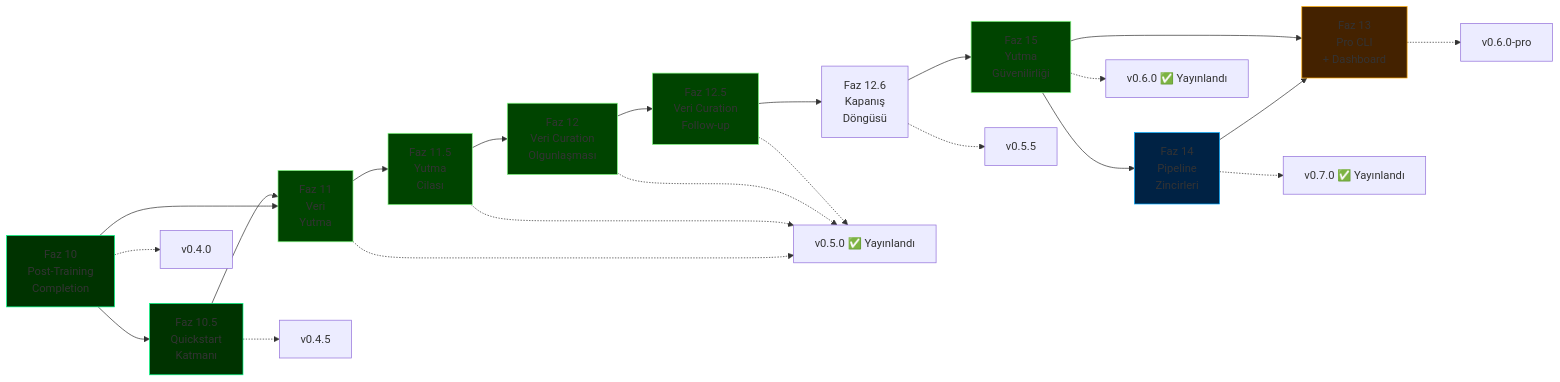
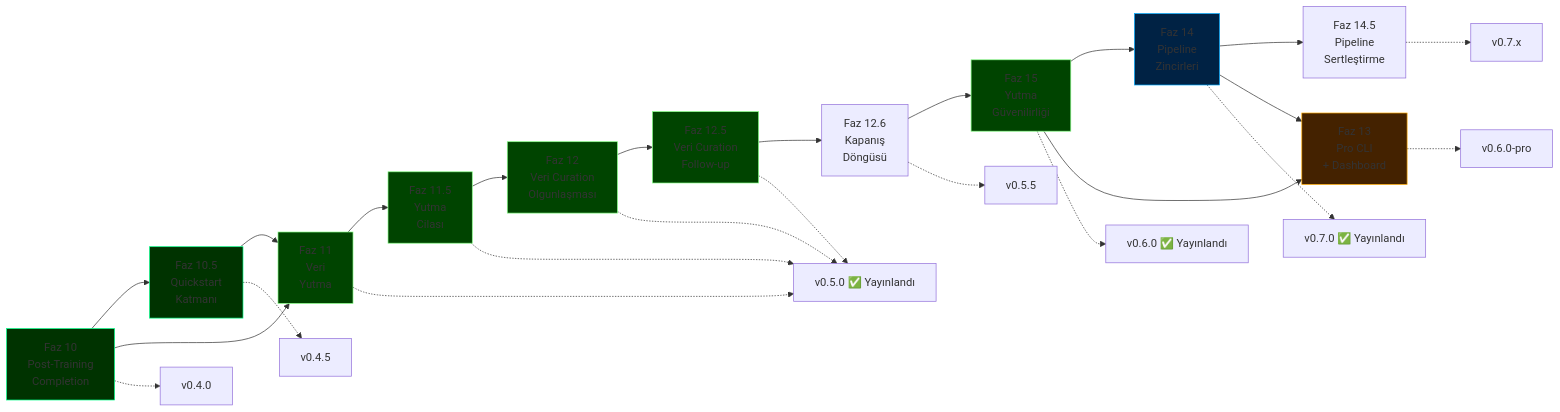
Before and after one commit to cemililik/ForgeLM: the diagram in docs/roadmap-tr.md, drawn with Mermaid. The commit also changed other lines of this file and 10 other files, not shown here.

First line of the commit message:
docs(roadmap): archive Phase 14 + introduce Phase 14.5 (v0.7.x hardening)

````diff
--- a/docs/roadmap-tr.md
+++ b/docs/roadmap-tr.md
@@ -45,35 +46,37 @@
 ```mermaid
 graph LR
     P10[Faz 10<br/>Post-Training<br/>Completion] --> P105[Faz 10.5<br/>Quickstart<br/>Katmanı]
     P10 --> P11[Faz 11<br/>Veri<br/>Yutma]
     P105 --> P11
     P11 --> P115[Faz 11.5<br/>Yutma<br/>Cilası]
     P115 --> P12[Faz 12<br/>Veri Curation<br/>Olgunlaşması]
     P12 --> P125[Faz 12.5<br/>Veri Curation<br/>Follow-up]
     P125 --> P126[Faz 12.6<br/>Kapanış<br/>Döngüsü]
     P126 --> P15[Faz 15<br/>Yutma<br/>Güvenilirliği]
     P15 --> P14[Faz 14<br/>Pipeline<br/>Zincirleri]
+    P14 --> P145[Faz 14.5<br/>Pipeline<br/>Sertleştirme]
     P14 --> P13[Faz 13<br/>Pro CLI<br/>+ Dashboard]
     P15 --> P13
 
     P10 -.-> V1[v0.4.0]
     P105 -.-> V15[v0.4.5]
     P11 -.-> V2[v0.5.0 ✅ Yayınlandı]
     P115 -.-> V2
     P12 -.-> V2
     P125 -.-> V2
     P126 -.-> V25[v0.5.5]
     P15 -.-> V23[v0.6.0 ✅ Yayınlandı]
     P14 -.-> V27[v0.7.0 ✅ Yayınlandı]
+    P145 -.-> V275[v0.7.x]
     P13 -.-> V3[v0.6.0-pro]
 
     style P10 fill:#003300,stroke:#00ff88
     style P105 fill:#003300,stroke:#00ff88
     style P11 fill:#004400,stroke:#88ff88
     style P115 fill:#004400,stroke:#88ff88
     style P12 fill:#004400,stroke:#88ff88
     style P125 fill:#004400,stroke:#88ff88
     style P15 fill:#004400,stroke:#88ff88
     style P14 fill:#002244,stroke:#00aaff
     style P13 fill:#442200,stroke:#ffaa00
 ```
````
